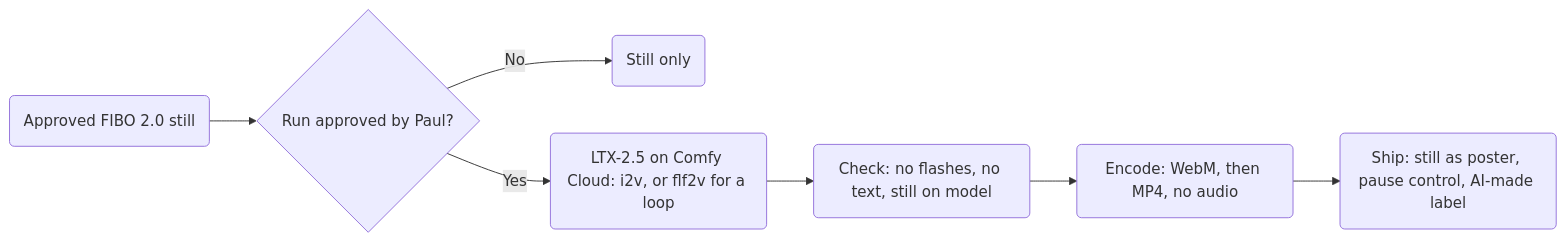
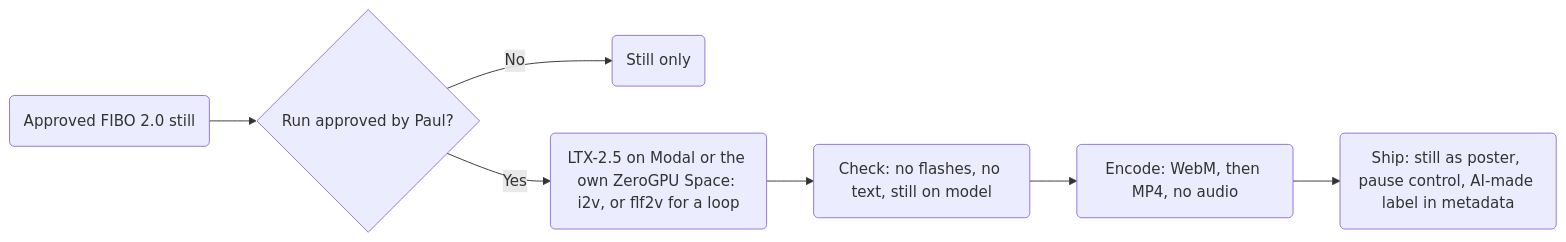
Before and after one commit to Colorado-Startups/brand: the diagram in art/motion/01-at-a-glance.md, drawn with Mermaid. The commit also changed other lines of this file and 45 other files, not shown here.

````diff
--- a/art/motion/01-at-a-glance.md
+++ b/art/motion/01-at-a-glance.md
@@ -7,9 +7,9 @@
 ```mermaid
 flowchart LR
   S("Approved FIBO 2.0 still") --> R{"Run approved by Paul?"}
   R -->|"No"| X("Still only")
-  R -->|"Yes"| L("LTX-2.5 on Comfy Cloud: i2v, or flf2v for a loop")
+  R -->|"Yes"| L("LTX-2.5 on Modal or the own ZeroGPU Space: i2v, or flf2v for a loop")
   L --> C("Check: no flashes, no text, still on model")
   C --> E("Encode: WebM, then MP4, no audio")
-  E --> P("Ship: still as poster, pause control, AI-made label")
+  E --> P("Ship: still as poster, pause control, AI-made label in metadata")
 ```
````
